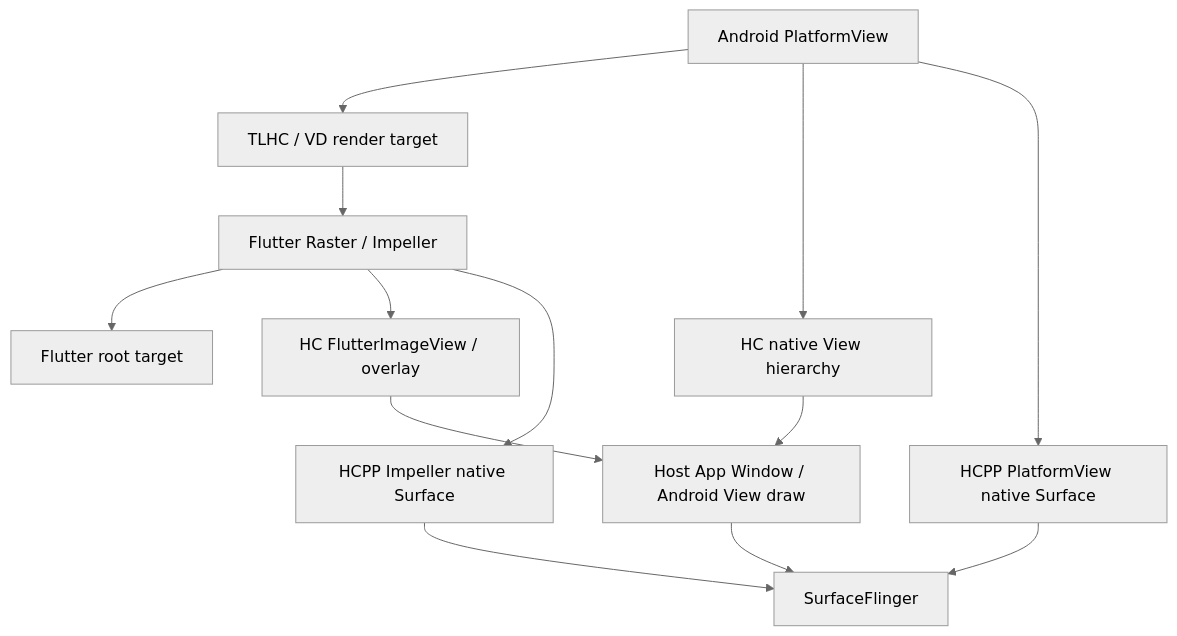
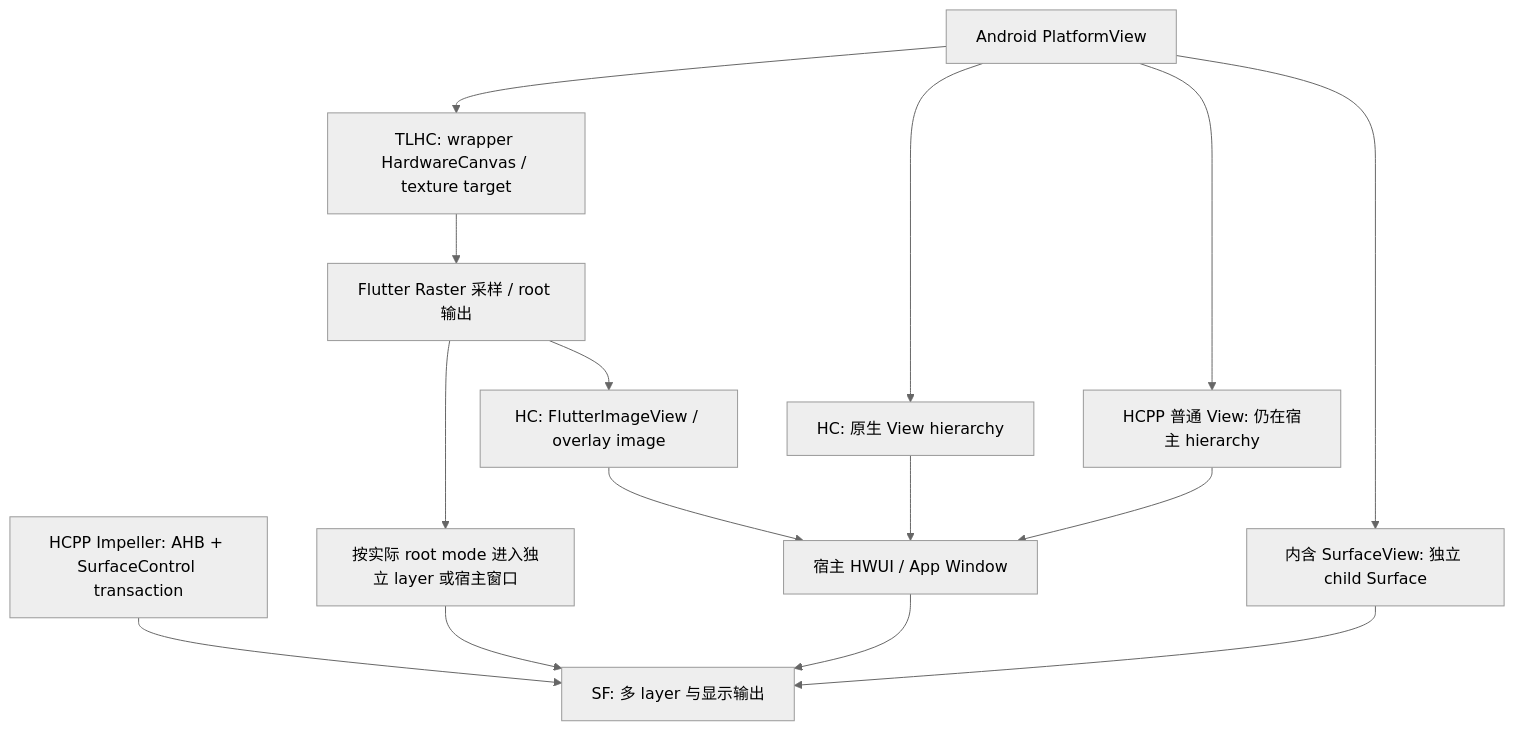
The second of 2 diagrams in src/part2-performance/ch13-rendering-pipelines/07-flutter-rendering-pipeline.md (Gracker/android-internals-wiki), drawn with Mermaid (neutral theme) before and after one commit. The commit also changed other lines of this file and 196 other files, not shown here.

````diff
--- a/src/part2-performance/ch13-rendering-pipelines/07-flutter-rendering-pipeline.md
+++ b/src/part2-performance/ch13-rendering-pipelines/07-flutter-rendering-pipeline.md
@@ -510,19 +513,17 @@
 ```mermaid
 flowchart TD
-    NativeView["Android PlatformView"]
-    TLHCTarget["TLHC / VD render target"]
-    FlutterRaster["Flutter Raster / Impeller"]
-    FlutterRoot["Flutter root target"]
-    HCView["HC native View hierarchy"]
-    HCFlutter["HC FlutterImageView / overlay"]
-    HCPPView["HCPP PlatformView native Surface"]
-    HCPPFlutter["HCPP Impeller native Surface"]
-    Host["Host App Window / Android View draw"]
-    SF["SurfaceFlinger"]
-
-    NativeView --> TLHCTarget --> FlutterRaster --> FlutterRoot
-    NativeView --> HCView --> Host --> SF
-    FlutterRaster --> HCFlutter --> Host
-    NativeView --> HCPPView --> SF
-    FlutterRaster --> HCPPFlutter --> SF
+    NativeView["Android PlatformView"] --> TLHC["TLHC: wrapper HardwareCanvas / texture target"]
+    TLHC --> FlutterRaster["Flutter Raster 采样 / root 输出"]
+    FlutterRaster --> Root["按实际 root mode 进入独立 layer 或宿主窗口"]
+    NativeView --> HCView["HC: 原生 View hierarchy"]
+    HCFlutter["HC: FlutterImageView / overlay image"] --> Host["宿主 HWUI / App Window"]
+    HCView --> Host
+    NativeView --> HCPPView["HCPP 普通 View: 仍在宿主 hierarchy"]
+    HCPPView --> Host
+    NativeView --> Child["内含 SurfaceView: 独立 child Surface"]
+    HCPPRaster["HCPP Impeller: AHB + SurfaceControl transaction"] --> SF["SF: 多 layer 与显示输出"]
+    Root --> SF
+    Host --> SF
+    Child --> SF
+    FlutterRaster --> HCFlutter
 ```
````
